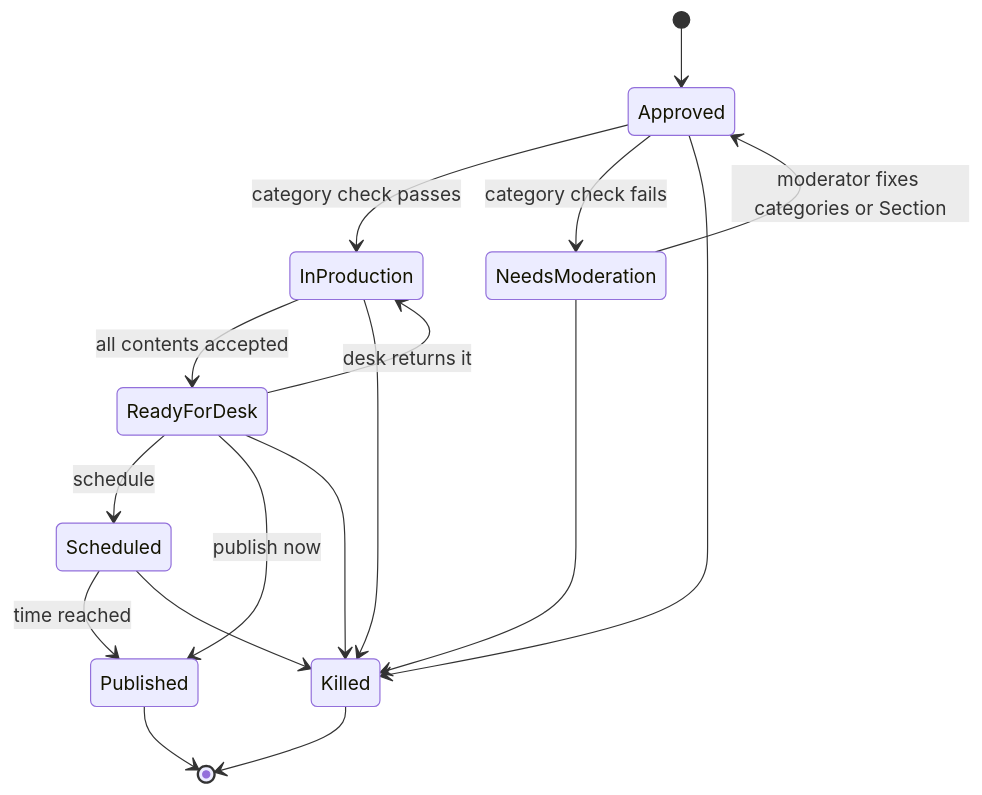
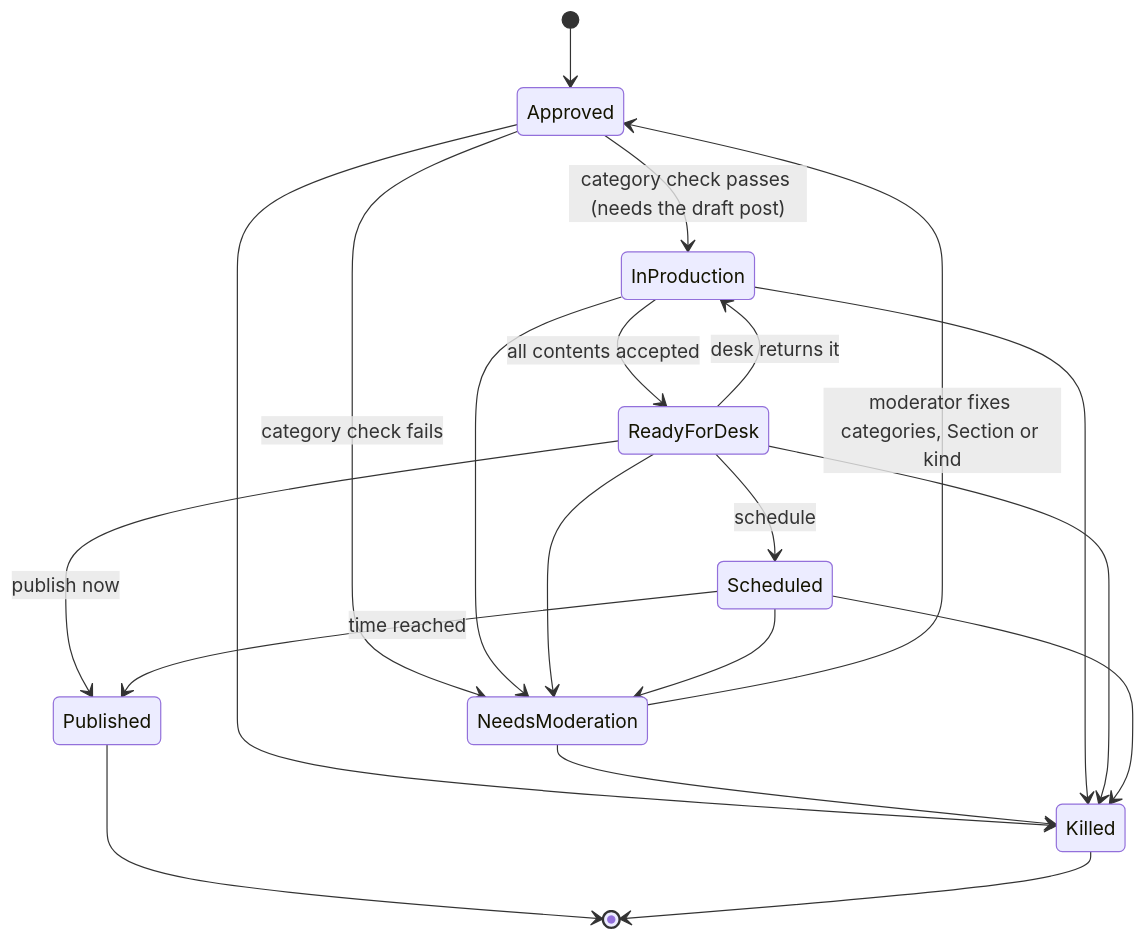
The second of 2 diagrams in docs/astro-modular-blazor-docs/curved-chasm/src/content/docs/modules/newsroom/proposals-and-projects.md (soft-square-net/ModularBlazor.Platform), drawn with Mermaid before and after one commit. The commit also changed other lines of this file and 16 other files, not shown here.

````diff
--- a/docs/astro-modular-blazor-docs/curved-chasm/src/content/docs/modules/newsroom/proposals-and-projects.md
+++ b/docs/astro-modular-blazor-docs/curved-chasm/src/content/docs/modules/newsroom/proposals-and-projects.md
@@ -69,19 +126,22 @@
 ```mermaid
 stateDiagram-v2
     [*] --> Approved
-    Approved --> InProduction: category check passes
+    Approved --> InProduction: category check passes (needs the draft post)
     Approved --> NeedsModeration: category check fails
-    NeedsModeration --> Approved: moderator fixes categories or Section
+    InProduction --> NeedsModeration
+    ReadyForDesk --> NeedsModeration
+    Scheduled --> NeedsModeration
+    NeedsModeration --> Approved: moderator fixes categories, Section or kind
     InProduction --> ReadyForDesk: all contents accepted
     ReadyForDesk --> InProduction: desk returns it
     ReadyForDesk --> Scheduled: schedule
     ReadyForDesk --> Published: publish now
     Scheduled --> Published: time reached
     Approved --> Killed
     NeedsModeration --> Killed
     InProduction --> Killed
     ReadyForDesk --> Killed
     Scheduled --> Killed
     Published --> [*]
     Killed --> [*]
 ```
````
